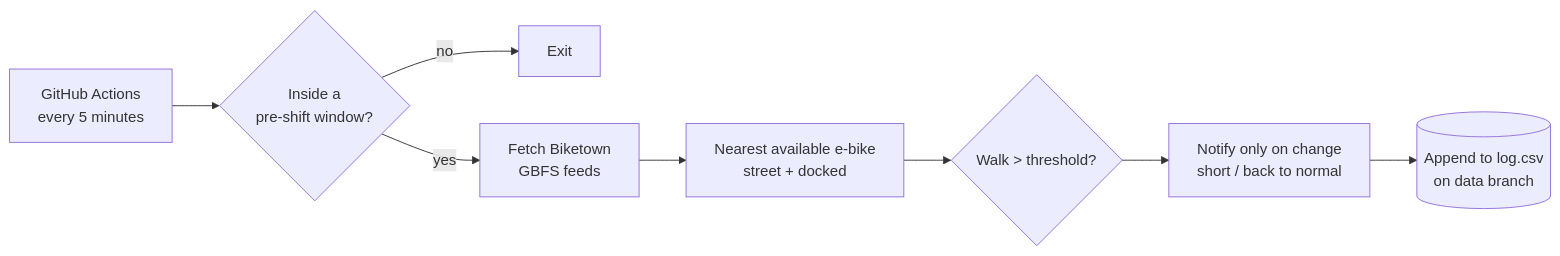
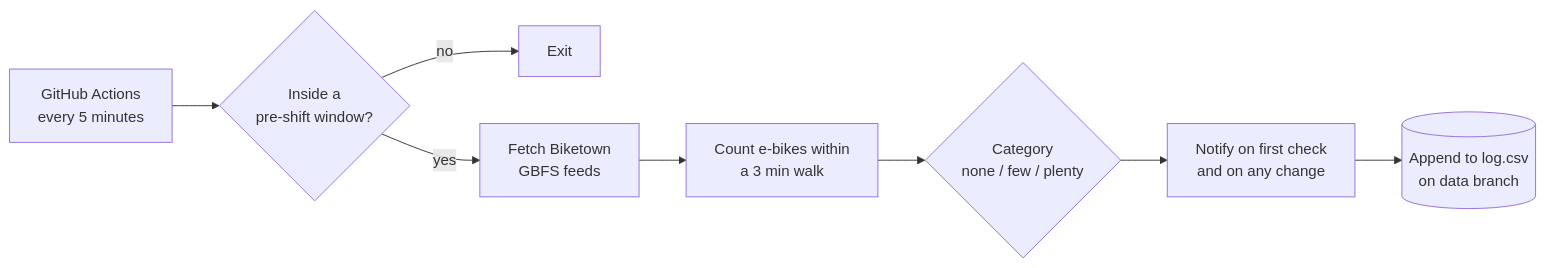
The diagram in README.md (aaron-underhill/biketown-alert), drawn with Mermaid before and after one commit. The commit also changed other lines of this file and 4 other files, not shown here.

First line of the commit message:
Report bike availability as none, few, or plenty

````diff
--- a/README.md
+++ b/README.md
@@ -9,10 +9,10 @@
 ```mermaid
 flowchart LR
     A[GitHub Actions<br/>every 5 minutes] --> B{Inside a<br/>pre-shift window?}
     B -->|no| Z[Exit]
     B -->|yes| C[Fetch Biketown<br/>GBFS feeds]
-    C --> D[Nearest available e-bike<br/>street + docked]
-    D --> E{Walk > threshold?}
-    E --> F[Notify only on change<br/>short / back to normal]
+    C --> D[Count e-bikes within<br/>a 3 min walk]
+    D --> E{Category<br/>none / few / plenty}
+    E --> F[Notify on first check<br/>and on any change]
     F --> G[(Append to log.csv<br/>on data branch)]
 ```
````
